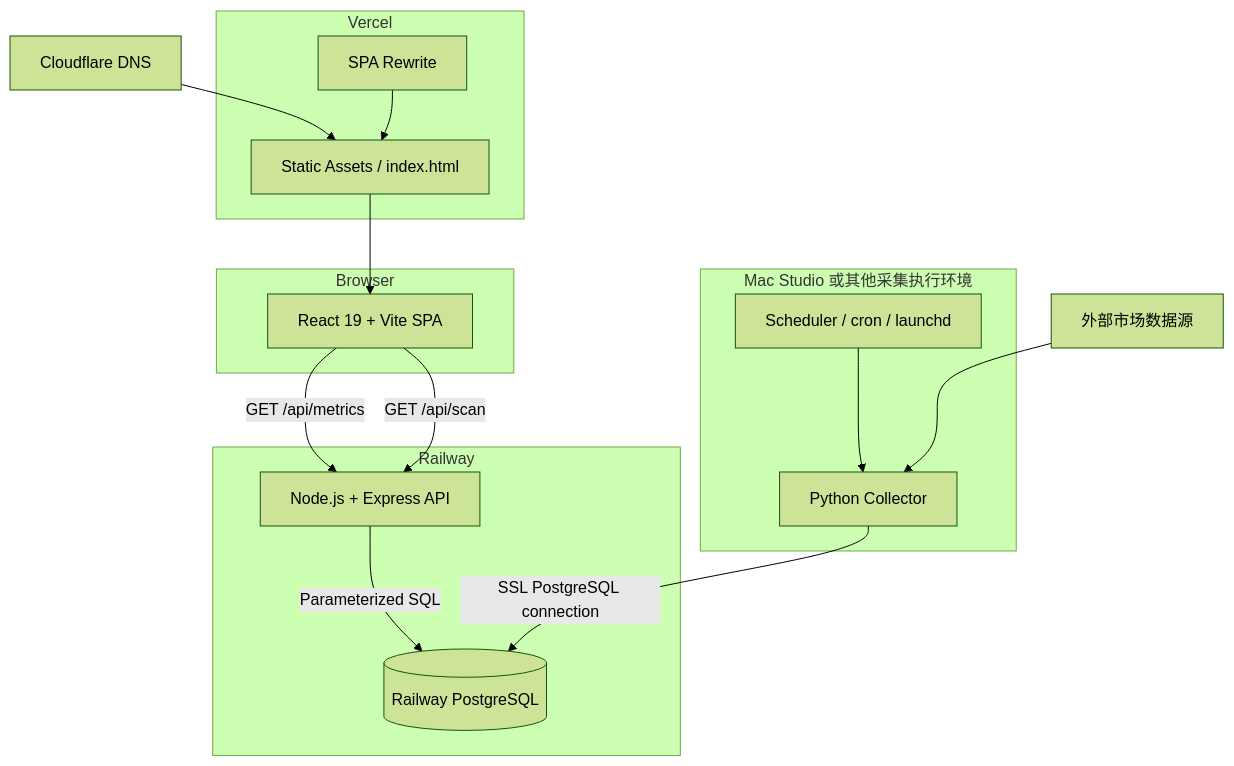
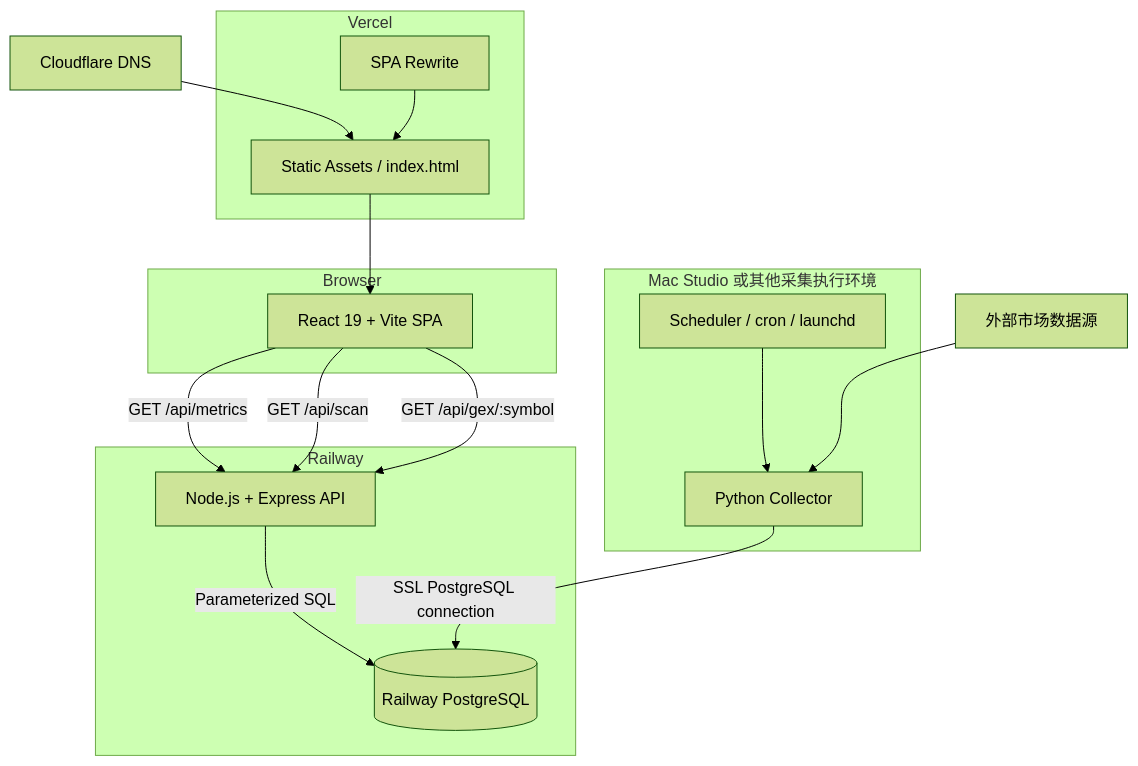
The second of 5 diagrams in ARCHITECTURE.md (whicter/quantrift_options-lab), drawn with Mermaid (forest theme) before and after one commit. The commit also changed other lines of this file and 4 other files, not shown here.

````diff
--- a/ARCHITECTURE.md
+++ b/ARCHITECTURE.md
@@ -88,34 +131,35 @@
 ```mermaid
 flowchart TB
     subgraph Browser
         SPA[React 19 + Vite SPA]
     end
 
     subgraph Vercel
         Static[Static Assets / index.html]
         Rewrite[SPA Rewrite]
     end
 
     subgraph Railway
         Express[Node.js + Express API]
         PG[(Railway PostgreSQL)]
     end
 
     subgraph MacStudio[Mac Studio 或其他采集执行环境]
         Py[Python Collector]
         Scheduler[Scheduler / cron / launchd]
     end
 
     DNS[Cloudflare DNS]
     Market[外部市场数据源]
 
     DNS --> Static
     Static --> SPA
     Rewrite --> Static
     SPA -->|GET /api/metrics| Express
     SPA -->|GET /api/scan| Express
+    SPA -->|GET /api/gex/:symbol| Express
     Express -->|Parameterized SQL| PG
     Scheduler --> Py
     Market --> Py
     Py -->|SSL PostgreSQL connection| PG
 ```
````
